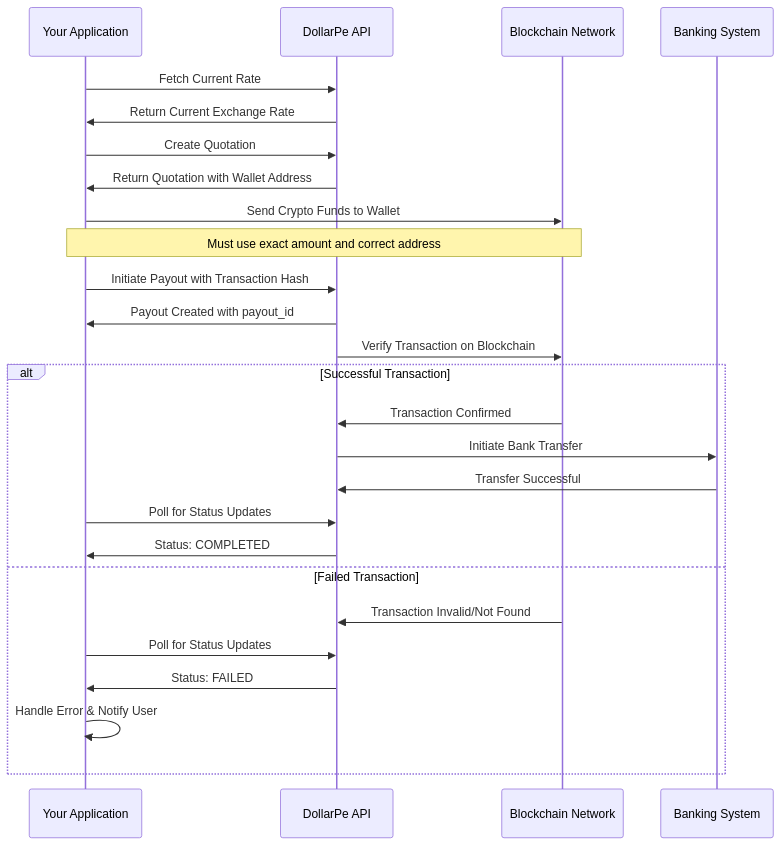
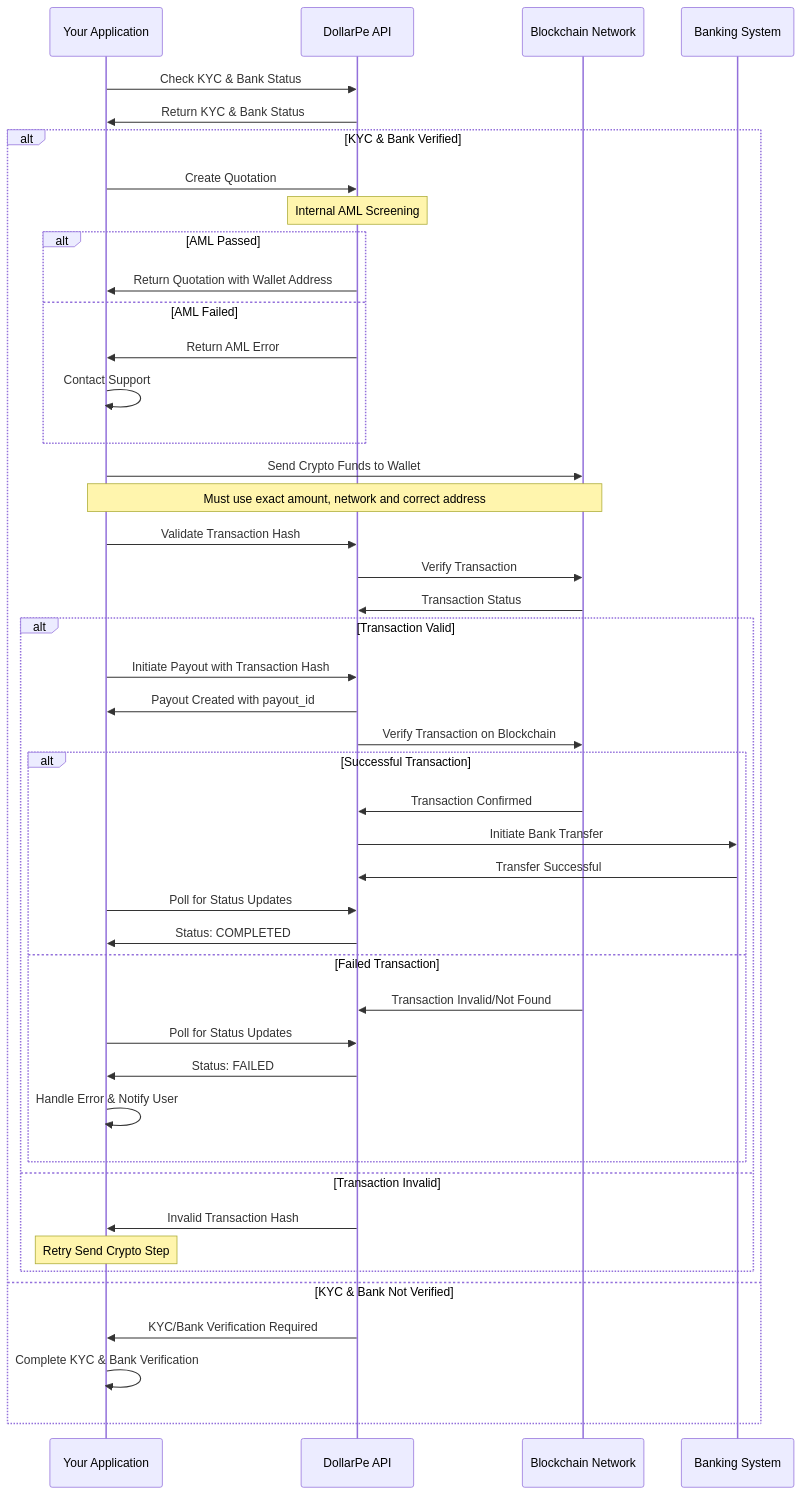
One commit to DollarPe-Infra/docs changed the second of 2 diagrams in api-reference-other/integration-guides/payout-integration-guide.mdx. Above: the diagram before and after it, drawn with Mermaid. The commit also changed other lines of this file and 4 other files, not shown here.

````diff
--- a/api-reference-other/integration-guides/payout-integration-guide.mdx
+++ b/api-reference-other/integration-guides/payout-integration-guide.mdx
@@ -89,33 +96,53 @@
 ```mermaid
 sequenceDiagram
     participant App as Your Application
     participant API as DollarPe API
     participant Blockchain as Blockchain Network
     participant Bank as Banking System
-    
-    App->>API: Fetch Current Rate
-    API->>App: Return Current Exchange Rate
-    
-    App->>API: Create Quotation
-    API->>App: Return Quotation with Wallet Address
-    
-    App->>Blockchain: Send Crypto Funds to Wallet
-    Note over App,Blockchain: Must use exact amount and correct address
-    
-    App->>API: Initiate Payout with Transaction Hash
-    API->>App: Payout Created with payout_id
-    API->>Blockchain: Verify Transaction on Blockchain
-    
-    alt Successful Transaction
-        Blockchain->>API: Transaction Confirmed
-        API->>Bank: Initiate Bank Transfer
-        Bank->>API: Transfer Successful
-        App->>API: Poll for Status Updates
-        API->>App: Status: COMPLETED
-    else Failed Transaction
-        Blockchain->>API: Transaction Invalid/Not Found
-        App->>API: Poll for Status Updates
-        API->>App: Status: FAILED
-        App->>App: Handle Error & Notify User
+
+    App->>API: Check KYC & Bank Status
+    API->>App: Return KYC & Bank Status
+
+    alt KYC & Bank Verified
+        App->>API: Create Quotation
+        Note over API: Internal AML Screening
+        alt AML Passed
+            API->>App: Return Quotation with Wallet Address
+        else AML Failed
+            API->>App: Return AML Error
+            App->>App: Contact Support
+        end
+
+        App->>Blockchain: Send Crypto Funds to Wallet
+        Note over App,Blockchain: Must use exact amount, network and correct address
+
+        App->>API: Validate Transaction Hash
+        API->>Blockchain: Verify Transaction
+        Blockchain->>API: Transaction Status
+
+        alt Transaction Valid
+            App->>API: Initiate Payout with Transaction Hash
+            API->>App: Payout Created with payout_id
+            API->>Blockchain: Verify Transaction on Blockchain
+
+            alt Successful Transaction
+                Blockchain->>API: Transaction Confirmed
+                API->>Bank: Initiate Bank Transfer
+                Bank->>API: Transfer Successful
+                App->>API: Poll for Status Updates
+                API->>App: Status: COMPLETED
+            else Failed Transaction
+                Blockchain->>API: Transaction Invalid/Not Found
+                App->>API: Poll for Status Updates
+                API->>App: Status: FAILED
+                App->>App: Handle Error & Notify User
+            end
+        else Transaction Invalid
+            API->>App: Invalid Transaction Hash
+            Note over App: Retry Send Crypto Step
+        end
+    else KYC & Bank Not Verified
+        API->>App: KYC/Bank Verification Required
+        App->>App: Complete KYC & Bank Verification
     end
 ```
````
